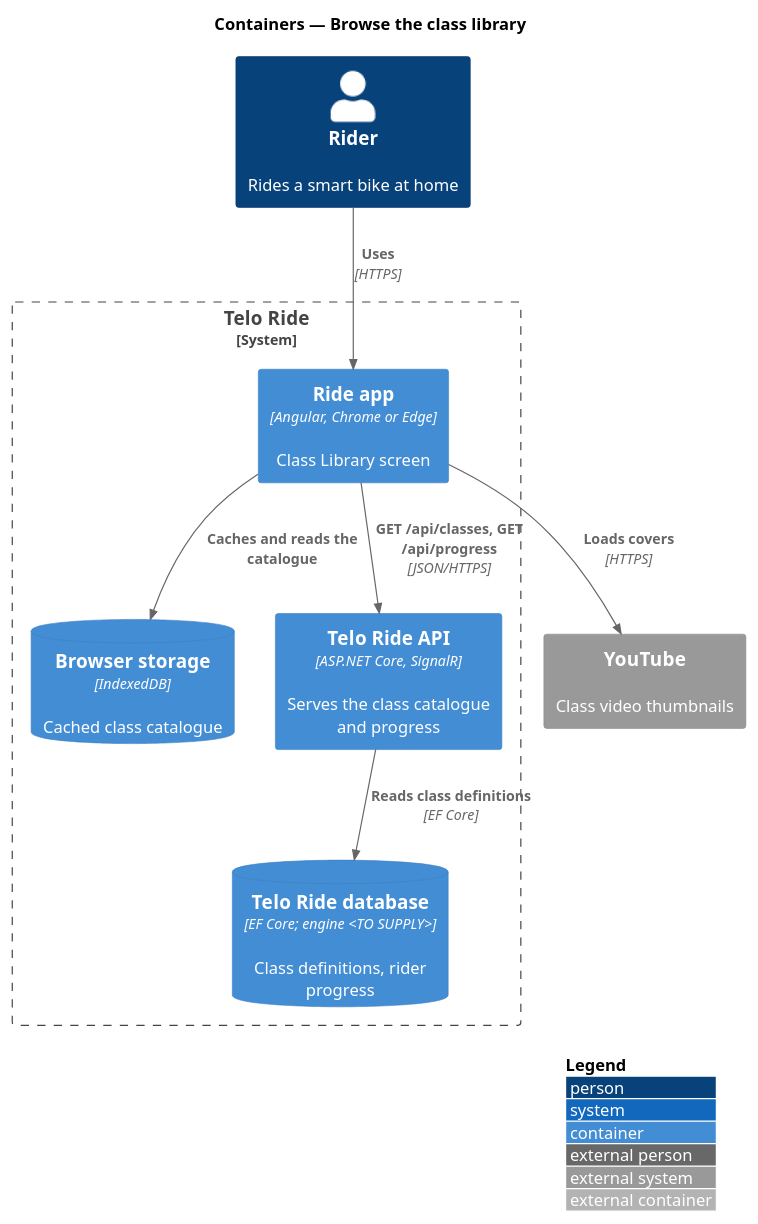
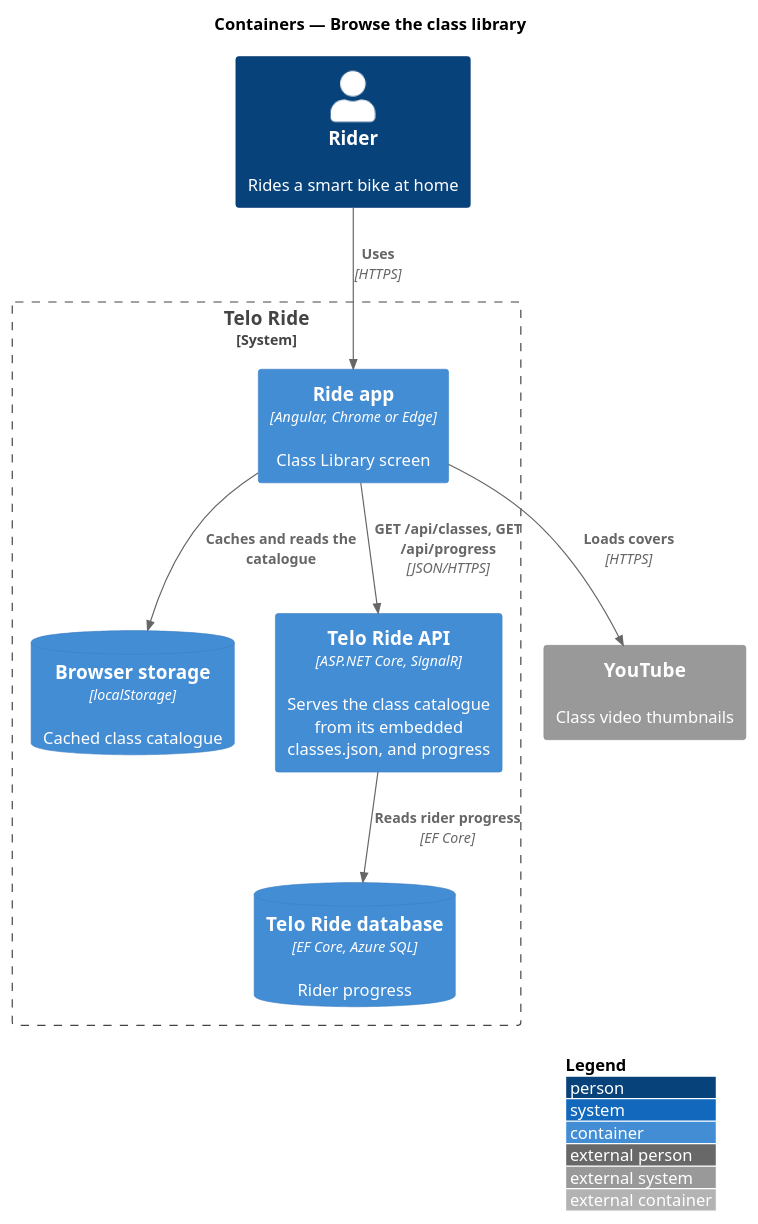
The diagram in docs/detailed-designs/classes/browse-the-class-library/diagrams/c4-container.puml (QuinntyneBrown/ride-one), drawn with PlantUML before and after one commit. The commit also changed 11 other files, not shown here.

```diff
--- a/docs/detailed-designs/classes/browse-the-class-library/diagrams/c4-container.puml
+++ b/docs/detailed-designs/classes/browse-the-class-library/diagrams/c4-container.puml
@@ -1,19 +1,19 @@
 @startuml
 !include <C4/C4_Container>
 LAYOUT_WITH_LEGEND()
 title Containers — Browse the class library
 
 Person(rider, "Rider", "Rides a smart bike at home")
 System_Ext(youtube, "YouTube", "Class video thumbnails")
 System_Boundary(telo, "Telo Ride") {
   Container(app, "Ride app", "Angular, Chrome or Edge", "Class Library screen")
-  ContainerDb(idb, "Browser storage", "IndexedDB", "Cached class catalogue")
-  Container(api, "Telo Ride API", "ASP.NET Core, SignalR", "Serves the class catalogue and progress")
-  ContainerDb(db, "Telo Ride database", "EF Core; engine <TO SUPPLY>", "Class definitions, rider progress")
+  ContainerDb(idb, "Browser storage", "localStorage", "Cached class catalogue")
+  Container(api, "Telo Ride API", "ASP.NET Core, SignalR", "Serves the class catalogue from its embedded classes.json, and progress")
+  ContainerDb(db, "Telo Ride database", "EF Core, Azure SQL", "Rider progress")
 }
 Rel(rider, app, "Uses", "HTTPS")
 Rel(app, api, "GET /api/classes, GET /api/progress", "JSON/HTTPS")
 Rel(app, idb, "Caches and reads the catalogue")
 Rel(app, youtube, "Loads covers", "HTTPS")
-Rel(api, db, "Reads class definitions", "EF Core")
+Rel(api, db, "Reads rider progress", "EF Core")
 @enduml
```
